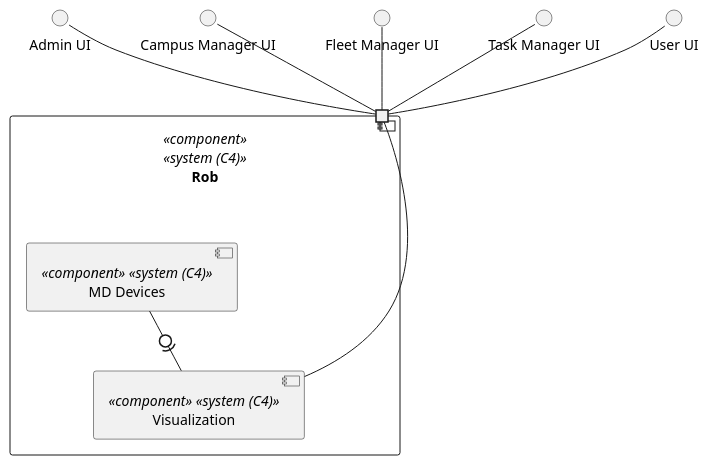
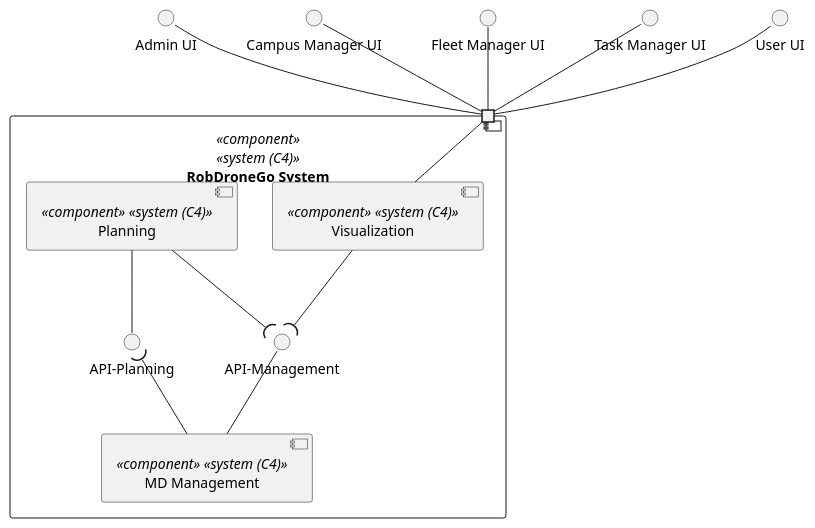
One commit to miseEnPlace-dev/lapr5 changed the diagram in _wiki/views/level-2/logical-view/logic-view.puml. Above: the diagram before and after it, drawn with PlantUML. The commit also changed 9 other files, not shown here.

```diff
--- a/_wiki/views/level-2/logical-view/logic-view.puml
+++ b/_wiki/views/level-2/logical-view/logic-view.puml
@@ -1,29 +1,39 @@
 @startuml logic-view
 
 interface "Admin UI" as AUI
 interface "Campus Manager UI" as CUI
 interface "Fleet Manager UI" as FUI
 interface "Task Manager UI" as TUI
 interface "User UI" as UUI
 
-component "Rob" <<component>> <<system (C4)>> {
+component "RobDroneGo System" <<component>> <<system (C4)>> {
   portin " " as P1
 
+  Interface "API-Management" as API
+  Interface "API-Planning" as PAPI
+  
   component "Visualization" as V <<component>> <<system (C4)>> {
   }
 
-  component "MD Devices" as MDD <<component>> <<system (C4)>> {
+  component "MD Management" as MDM <<component>> <<system (C4)>> {
+  }
+
+  component "Planning" as P <<component>> <<system (C4)>> {
   }
 }
 
 
 V -- P1
-MDD -0)- V
+MDM -up- API
+V --( API
+P --( API
+P -- PAPI
+MDM -up-( PAPI
 
 AUI -- P1
 CUI -- P1
 FUI -- P1
 TUI -- P1
 UUI -- P1
 
 @enduml
```
